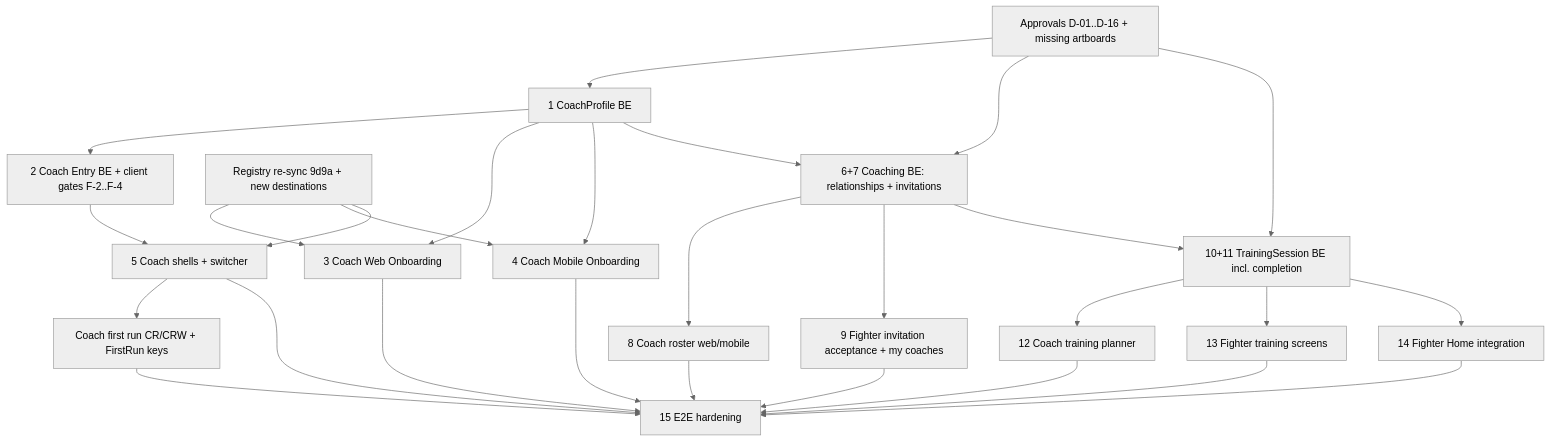
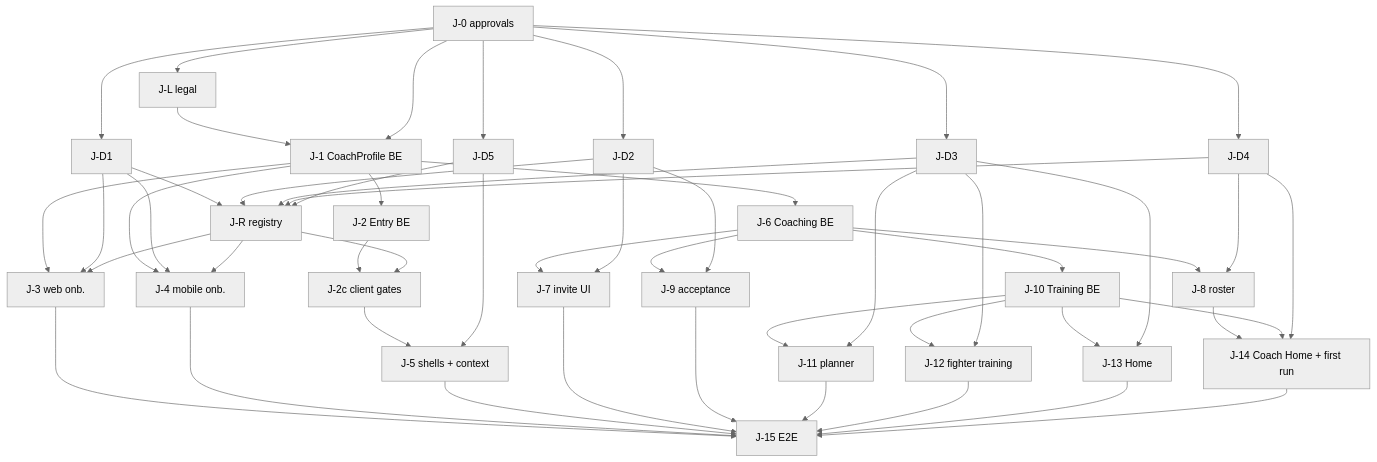
The third of 3 diagrams in docs/architecture/proposals/SF-49-coach-training-architecture.md (EugeniBykovski/simplefit-api), drawn with Mermaid (neutral theme) before and after one commit. The commit also changed other lines of this file, not shown here.

First line of the commit message:
docs: SF-49 - reconcile Coach architecture decisions (revision 2)

````diff
--- a/docs/architecture/proposals/SF-49-coach-training-architecture.md
+++ b/docs/architecture/proposals/SF-49-coach-training-architecture.md
@@ -793,20 +1063,20 @@
 ```mermaid
 graph TD
-  A0[Approvals D-01..D-16 + missing artboards] --> B1
-  A0 --> B6
-  A0 --> B10
-  R[Registry re-sync 9d9a + new destinations] --> C3 & C4 & C5
-  B1[1 CoachProfile BE] --> B2[2 Coach Entry BE + client gates F-2..F-4]
-  B1 --> C3[3 Coach Web Onboarding]
-  B1 --> C4[4 Coach Mobile Onboarding]
-  B2 --> C5[5 Coach shells + switcher]
-  B1 --> B6[6+7 Coaching BE: relationships + invitations]
-  B6 --> C8[8 Coach roster web/mobile]
-  B6 --> C9[9 Fighter invitation acceptance + my coaches]
-  B6 --> B10[10+11 TrainingSession BE incl. completion]
-  B10 --> C12[12 Coach training planner]
-  B10 --> C13[13 Fighter training screens]
-  B10 --> C14[14 Fighter Home integration]
-  C5 --> FR[Coach first run CR/CRW + FirstRun keys]
-  C3 & C4 & C5 & C8 & C9 & C12 & C13 & C14 & FR --> E15[15 E2E hardening]
+  J0[J-0 approvals] --> JL[J-L legal] & JD1[J-D1] & JD2[J-D2] & JD3[J-D3] & JD4[J-D4] & JD5[J-D5]
+  JL --> J1[J-1 CoachProfile BE]
+  J0 --> J1
+  JD1 & JD2 & JD3 & JD4 & JD5 --> JR[J-R registry]
+  J1 --> J2[J-2 Entry BE] --> J2c[J-2c client gates]
+  JR --> J2c
+  J1 --> J3[J-3 web onb.] & J4[J-4 mobile onb.]
+  JD1 & JR --> J3 & J4
+  J2c & JD5 --> J5[J-5 shells + context]
+  J1 --> J6[J-6 Coaching BE]
+  J6 --> J7[J-7 invite UI] & J8[J-8 roster] & J9[J-9 acceptance] & J10[J-10 Training BE]
+  JD2 --> J7 & J9
+  JD4 --> J8
+  J10 --> J11[J-11 planner] & J12[J-12 fighter training] & J13[J-13 Home]
+  JD3 --> J11 & J12 & J13
+  J8 & J10 & JD4 --> J14[J-14 Coach Home + first run]
+  J3 & J4 & J5 & J7 & J9 & J11 & J12 & J13 & J14 --> J15[J-15 E2E]
 ```
````
